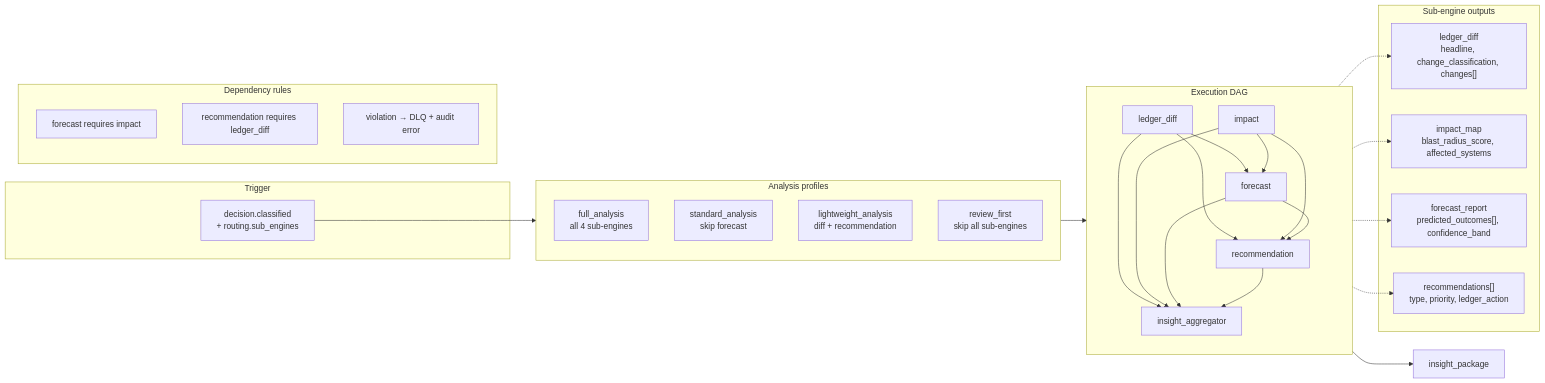
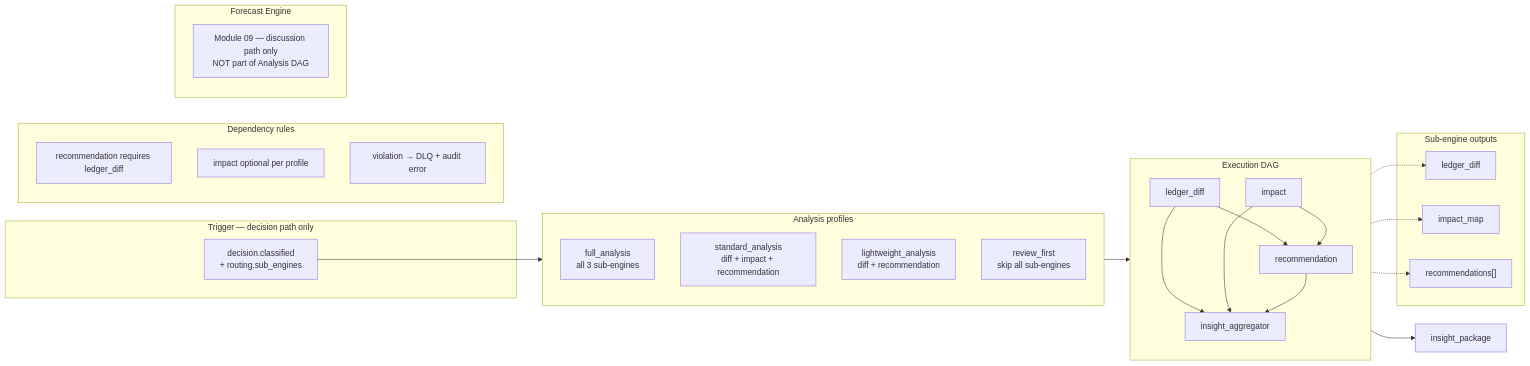
The diagram in architecture/modules/05-analysis-engine/diagrams/analysis-subengine-dag.mmd (andrewngo31798/document-ledger), drawn with Mermaid before and after one commit. The commit also changed 44 other files, not shown here.

First line of the commit message:
Make Forecast Engine a standalone discussion-path module with dual-path demo.

```diff
--- a/architecture/modules/05-analysis-engine/diagrams/analysis-subengine-dag.mmd
+++ b/architecture/modules/05-analysis-engine/diagrams/analysis-subengine-dag.mmd
@@ -1,52 +1,49 @@
 flowchart LR
-    subgraph trigger [Trigger]
+    subgraph trigger [Trigger — decision path only]
         evt["decision.classified<br/>+ routing.sub_engines"]
     end
 
     subgraph profiles [Analysis profiles]
-        full["full_analysis<br/>all 4 sub-engines"]
-        std["standard_analysis<br/>skip forecast"]
+        full["full_analysis<br/>all 3 sub-engines"]
+        std["standard_analysis<br/>diff + impact + recommendation"]
         light["lightweight_analysis<br/>diff + recommendation"]
         rf["review_first<br/>skip all sub-engines"]
     end
 
     subgraph dag [Execution DAG]
         direction TB
         p1a[ledger_diff]
         p1b[impact]
-        p2[forecast]
-        p3[recommendation]
+        p2[recommendation]
         agg[insight_aggregator]
 
         p1a --> p2
         p1b --> p2
-        p1a --> p3
-        p1b --> p3
-        p2 --> p3
         p1a --> agg
         p1b --> agg
         p2 --> agg
-        p3 --> agg
     end
 
     subgraph deps [Dependency rules]
-        d1["forecast requires impact"]
-        d2["recommendation requires ledger_diff"]
+        d1["recommendation requires ledger_diff"]
+        d2["impact optional per profile"]
         d3["violation → DLQ + audit error"]
     end
 
     subgraph outputs [Sub-engine outputs]
-        o1["ledger_diff<br/>headline, change_classification, changes[]"]
-        o2["impact_map<br/>blast_radius_score, affected_systems"]
-        o3["forecast_report<br/>predicted_outcomes[], confidence_band"]
-        o4["recommendations[]<br/>type, priority, ledger_action"]
+        o1["ledger_diff"]
+        o2["impact_map"]
+        o3["recommendations[]"]
+    end
+
+    subgraph note [Forecast Engine]
+        n1["Module 09 — discussion path only<br/>NOT part of Analysis DAG"]
     end
 
     evt --> profiles
     profiles --> dag
 
     p1a -.-> o1
     p1b -.-> o2
     p2 -.-> o3
-    p3 -.-> o4
     agg --> pkg["insight_package"]
```
